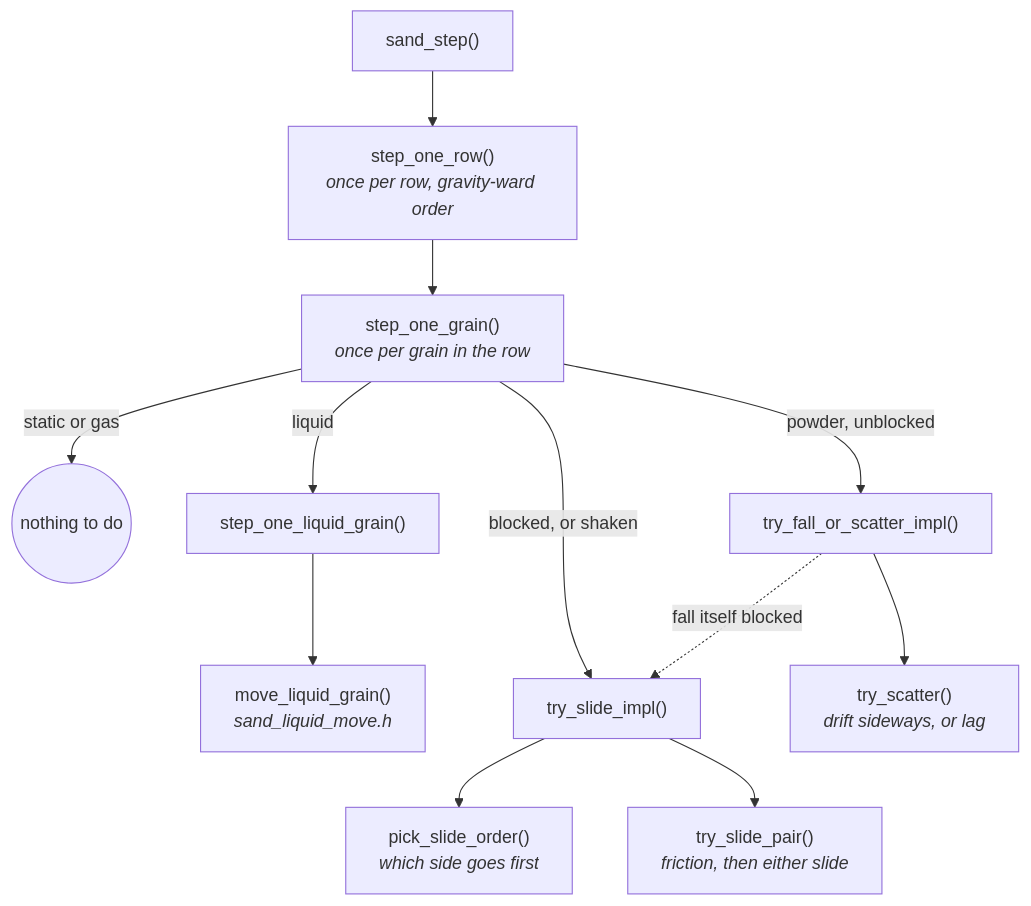
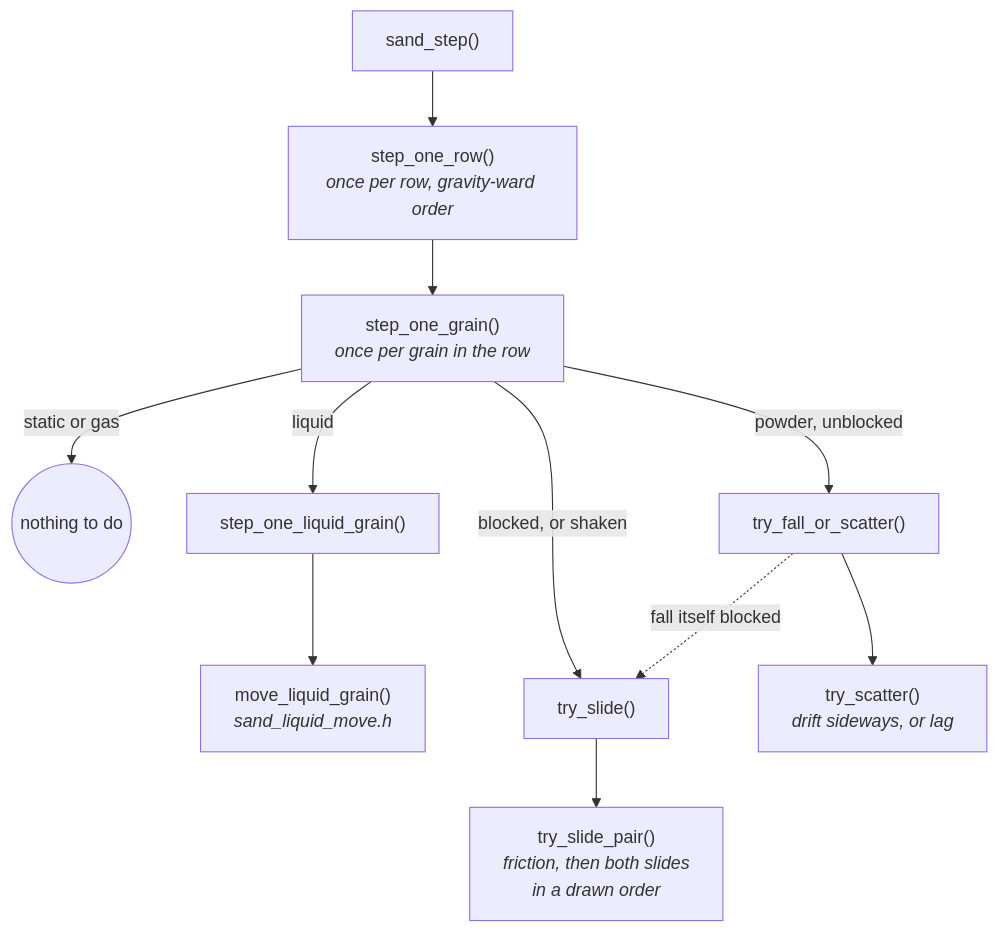
One commit to jose-villegas/autana changed the third of 4 diagrams in docs/sand/Sand-Simulation.md. Above: the diagram before and after it, drawn with Mermaid. The commit also changed other lines of this file and 4 other files, not shown here.

````diff
--- a/docs/sand/Sand-Simulation.md
+++ b/docs/sand/Sand-Simulation.md
@@ -1646,17 +1646,16 @@
 ```mermaid
 flowchart TB
     STEP["sand_step()"] --> ROW["step_one_row()<br/><i>once per row, gravity-ward order</i>"]
     ROW --> GRAIN["step_one_grain()<br/><i>once per grain in the row</i>"]
 
     GRAIN -->|"static or gas"| SKIP(("nothing to do"))
     GRAIN -->|"liquid"| LIQSTEP["step_one_liquid_grain()"]
     LIQSTEP --> LIQ["move_liquid_grain()<br/><i>sand_liquid_move.h</i>"]
-    GRAIN -->|"powder, unblocked"| FALL["try_fall_or_scatter_impl()"]
-    GRAIN -->|"blocked, or shaken"| SLIDE["try_slide_impl()"]
+    GRAIN -->|"powder, unblocked"| FALL["try_fall_or_scatter()"]
+    GRAIN -->|"blocked, or shaken"| SLIDE["try_slide()"]
 
     FALL --> SCATTER["try_scatter()<br/><i>drift sideways, or lag</i>"]
     FALL -.->|"fall itself blocked"| SLIDE
 
-    SLIDE --> ORDER["pick_slide_order()<br/><i>which side goes first</i>"]
-    SLIDE --> PAIR["try_slide_pair()<br/><i>friction, then either slide</i>"]
+    SLIDE --> PAIR["try_slide_pair()<br/><i>friction, then both slides<br/>in a drawn order</i>"]
 ```
````
